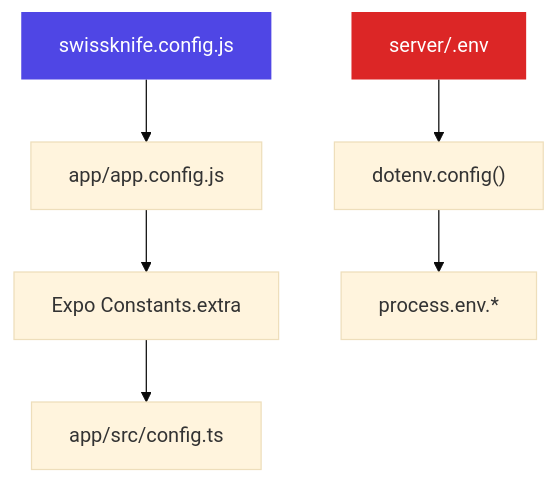
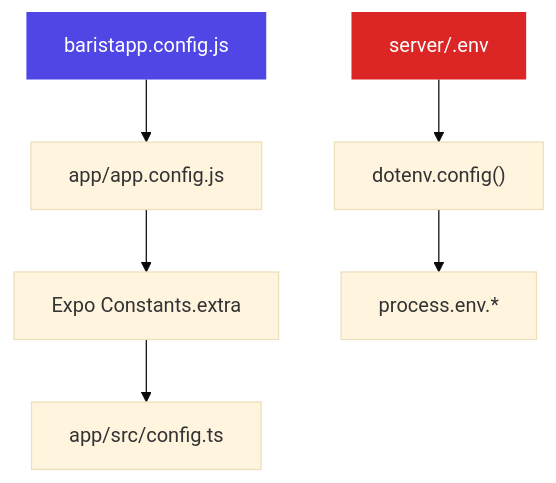
Before and after one commit to wartelth/baristapp: the diagram in docs/docs/guides/environment.md, drawn with Mermaid (base theme). The commit also changed other lines of this file and 304 other files, not shown here.

````diff
--- a/docs/docs/guides/environment.md
+++ b/docs/docs/guides/environment.md
@@ -64,14 +64,14 @@
 ```mermaid
 flowchart TD
-    Config["swissknife.config.js"]
+    Config["baristapp.config.js"]
     Config --> AppConfig["app/app.config.js"]
     AppConfig --> Extra["Expo Constants.extra"]
     Extra --> ConfigTS["app/src/config.ts"]
 
     Env["server/.env"]
     Env --> Dotenv["dotenv.config()"]
     Dotenv --> Process["process.env.*"]
 
     style Config fill:#4f46e5,color:#fff,stroke:none
     style Env fill:#dc2626,color:#fff,stroke:none
 ```
````
